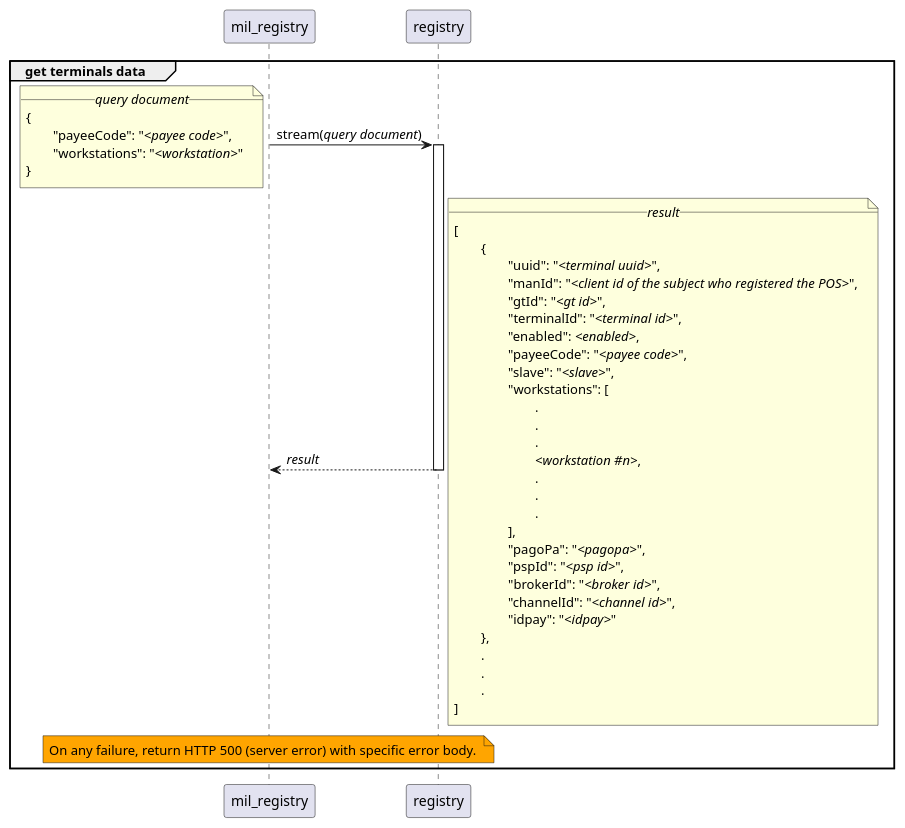
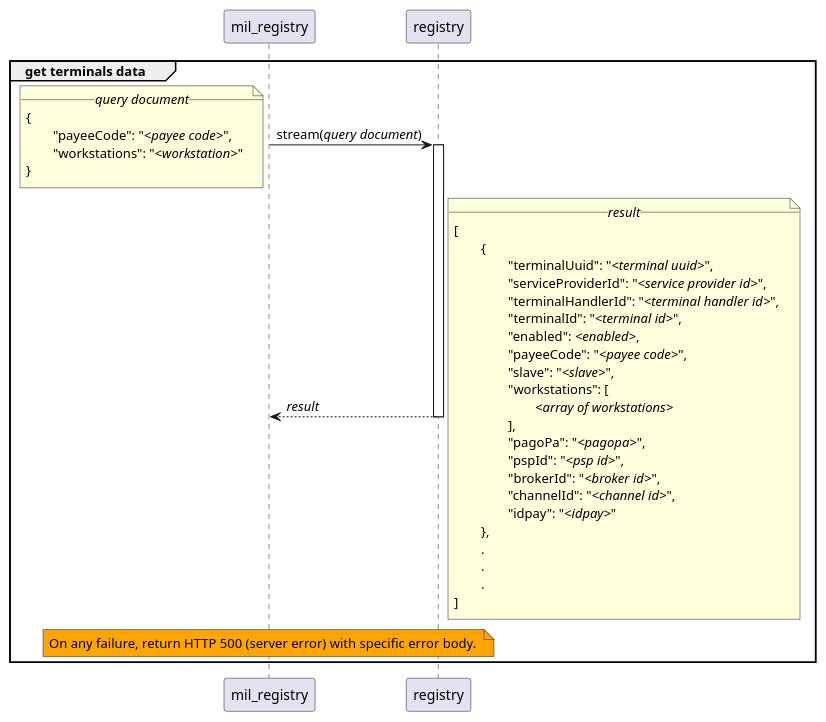
Before and after one commit to pagopa/mil-diags: the diagram in sequence_diags/pagoPA/pos_management/get_terminals_data_for_workstation.puml, drawn with PlantUML. The commit also changed 21 other files, not shown here.

```diff
--- a/sequence_diags/pagoPA/pos_management/get_terminals_data_for_workstation.puml
+++ b/sequence_diags/pagoPA/pos_management/get_terminals_data_for_workstation.puml
@@ -1,47 +1,41 @@
 group get terminals data
 	mil_registry -> registry ++ : stream(//query document//)
 		note left
 			__//query document//__
 			{
 				"payeeCode": "//<payee code>//",
 				"workstations": "//<workstation>//"
 			}
 		end note
 
 	registry --> mil_registry -- : //result//
 		note right
 			__//result//__
 			[
 				{
-					"uuid": "//<terminal uuid>//",
-					"manId": "//<client id of the subject who registered the POS>//",
-					"gtId": "//<gt id>//",
+					"terminalUuid": "//<terminal uuid>//",
+					"serviceProviderId": "//<service provider id>//",
+					"terminalHandlerId": "//<terminal handler id>//",
 					"terminalId": "//<terminal id>//",
 					"enabled": //<enabled>//,
 					"payeeCode": "//<payee code>//",
 					"slave": "//<slave>//",
 					"workstations": [
-						.
-						.
-						.
-						//<workstation #n>//,
-						.
-						.
-						.
+						//<array of workstations>//
 					],
 					"pagoPa": "//<pagopa>//",
 					"pspId": "//<psp id>//",
 					"brokerId": "//<broker id>//",
 					"channelId": "//<channel id>//",
 					"idpay": "//<idpay>//"
 				},
 				.
 				.
 				.
 			]
 		end note
 
 	note over mil_registry #Orange
 		On any failure, return HTTP 500 (server error) with specific error body. 
 	end note
 end
```
